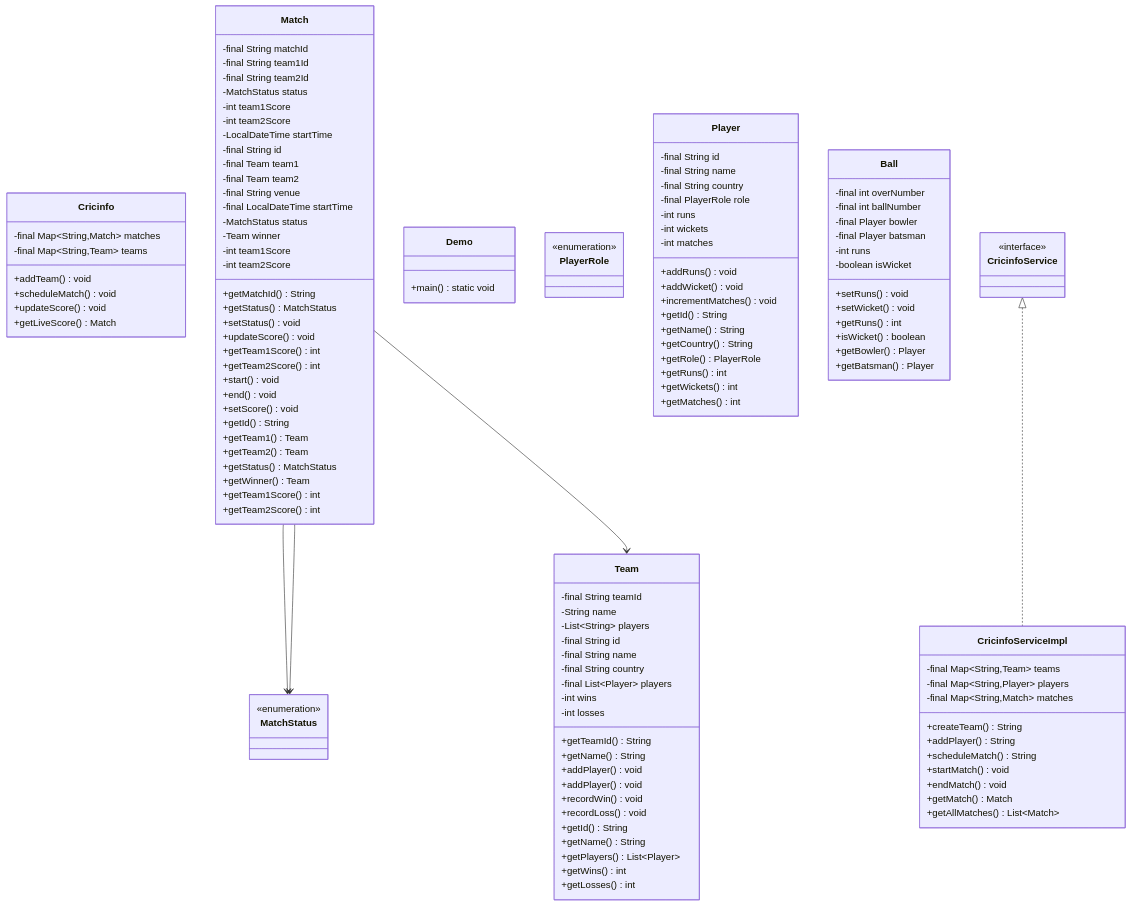
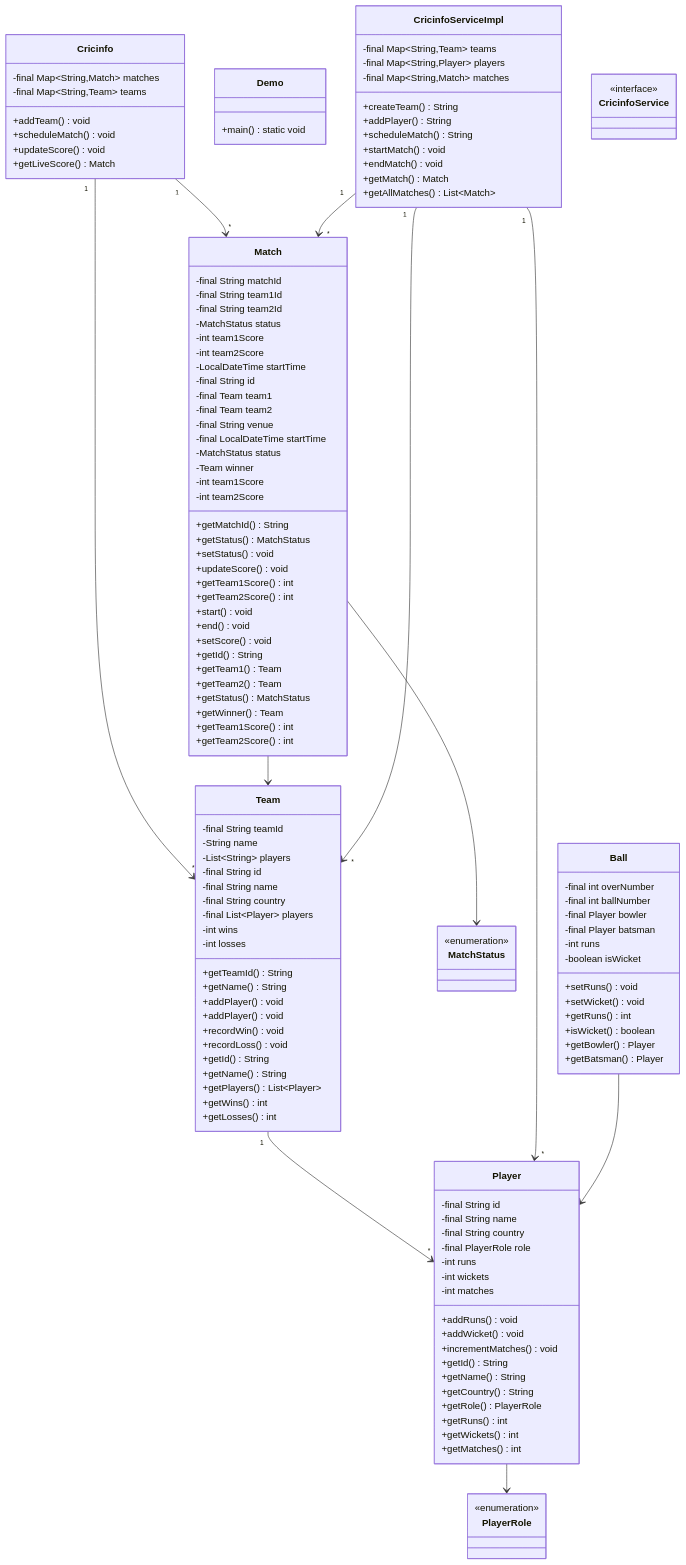
The diagram in docs/problems/cricinfo/README.md (dlkr18/lld-playbook), drawn with Mermaid before and after one commit. The commit also changed 119 other files, not shown here.

First line of the commit message:
feat: add comprehensive relationships to all class diagrams

````diff
--- a/docs/problems/cricinfo/README.md
+++ b/docs/problems/cricinfo/README.md
@@ -521,8 +521,14 @@
     class CricinfoService
     <<interface>> CricinfoService
 
+    Team "1" --> "*" Player
+    Cricinfo "1" --> "*" Match
+    Cricinfo "1" --> "*" Team
+    Match --> Team
     Match --> MatchStatus
-    CricinfoService <|.. CricinfoServiceImpl
-    Match --> MatchStatus
-    Match --> Team
+    CricinfoServiceImpl "1" --> "*" Team
+    CricinfoServiceImpl "1" --> "*" Player
+    CricinfoServiceImpl "1" --> "*" Match
+    Player --> PlayerRole
+    Ball --> Player
 ```
````
